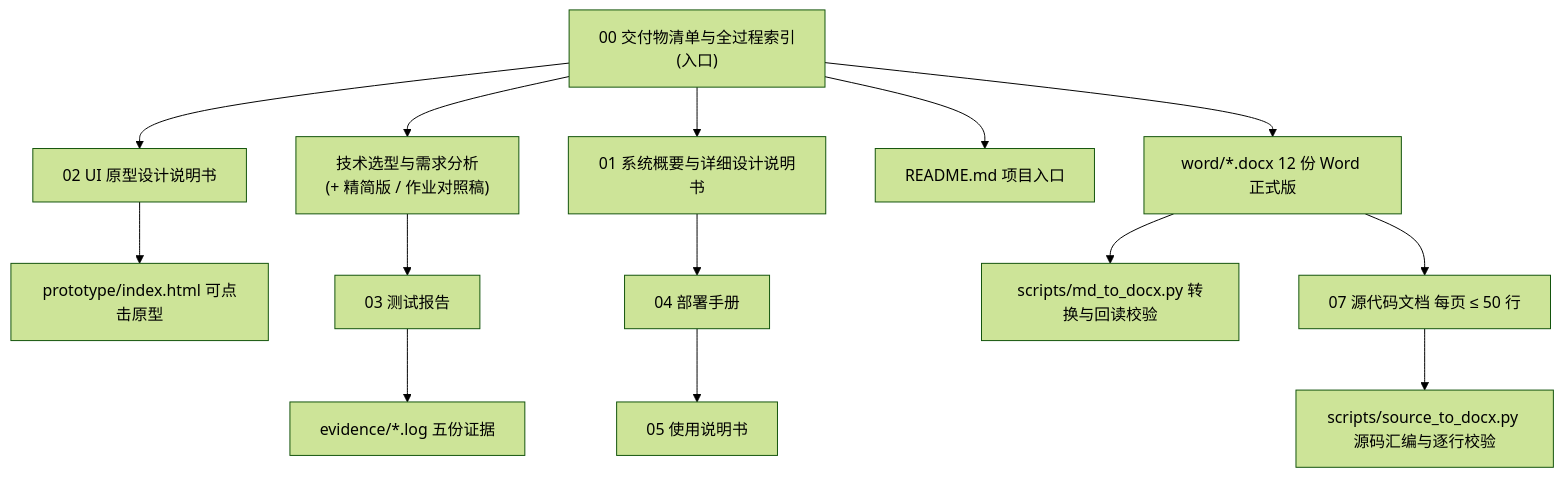
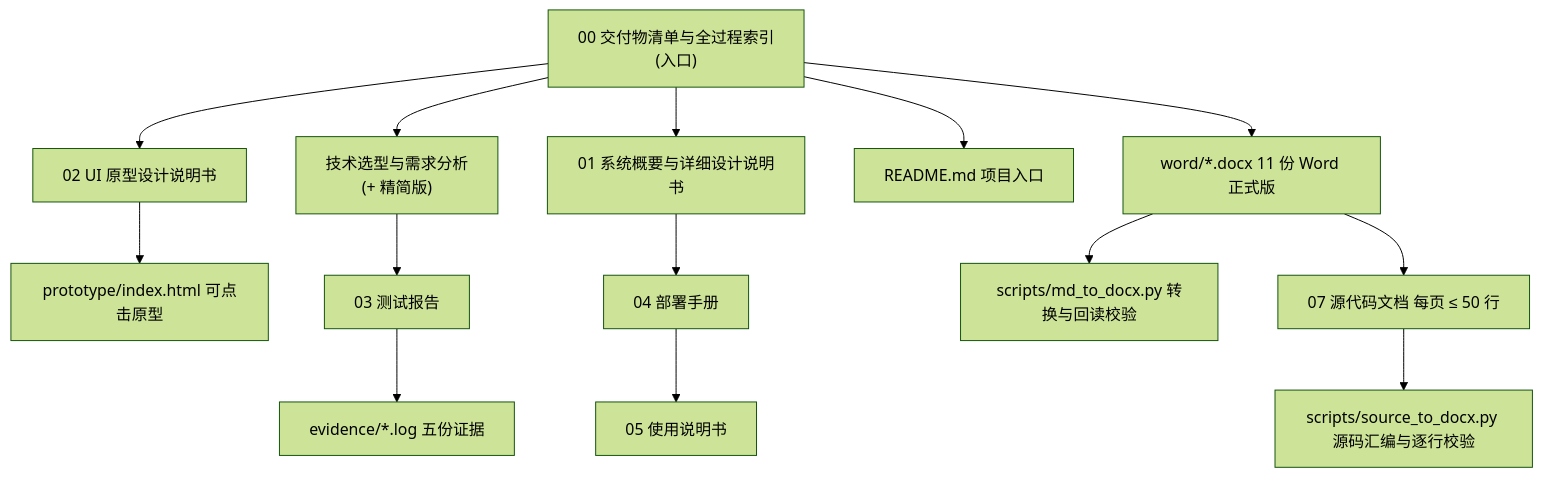
One commit to Ningo1077/kb-assistant changed the diagram in docs/00-交付物清单与全过程索引.md. Above: the diagram before and after it, drawn with Mermaid (forest theme). The commit also changed other lines of this file and 24 other files, not shown here.

````diff
--- a/docs/00-交付物清单与全过程索引.md
+++ b/docs/00-交付物清单与全过程索引.md
@@ -189,16 +187,16 @@
 ```mermaid
 flowchart TD
-  A["00 交付物清单与全过程索引<br/>(入口)"] --> B["技术选型与需求分析<br/>(+ 精简版 / 作业对照稿)"]
+  A["00 交付物清单与全过程索引<br/>(入口)"] --> B["技术选型与需求分析<br/>(+ 精简版)"]
   A --> C["01 系统概要与详细设计说明书"]
   A --> D["02 UI 原型设计说明书"]
   D --> E["prototype/index.html 可点击原型"]
   C --> F["04 部署手册"]
   B --> G["03 测试报告"]
   G --> H["evidence/*.log 五份证据"]
   F --> I["05 使用说明书"]
   A --> K["README.md 项目入口"]
-  A --> W["word/*.docx 12 份 Word 正式版"]
+  A --> W["word/*.docx 11 份 Word 正式版"]
   W --> WM["scripts/md_to_docx.py 转换与回读校验"]
   W --> WS["07 源代码文档 每页 ≤ 50 行"]
   WS --> WT["scripts/source_to_docx.py 源码汇编与逐行校验"]
 ```
````
